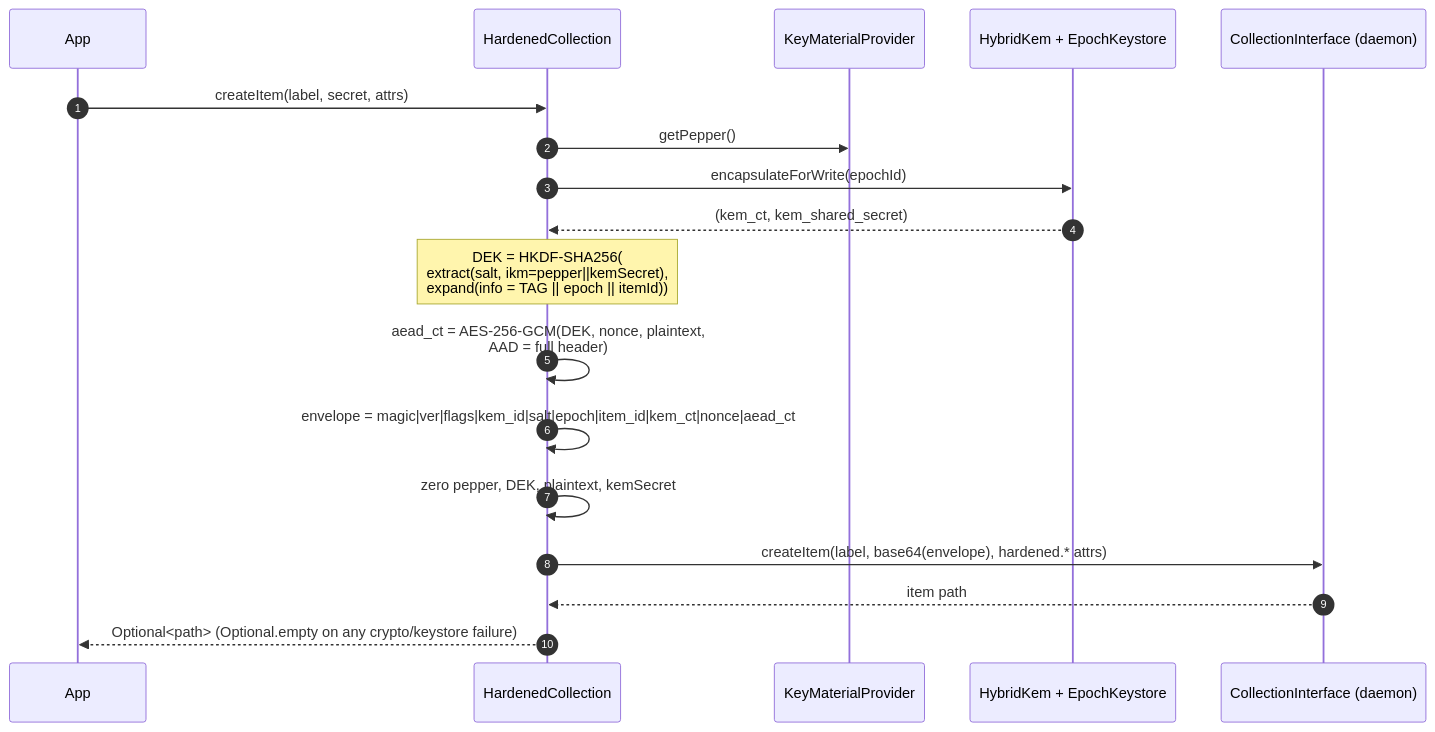
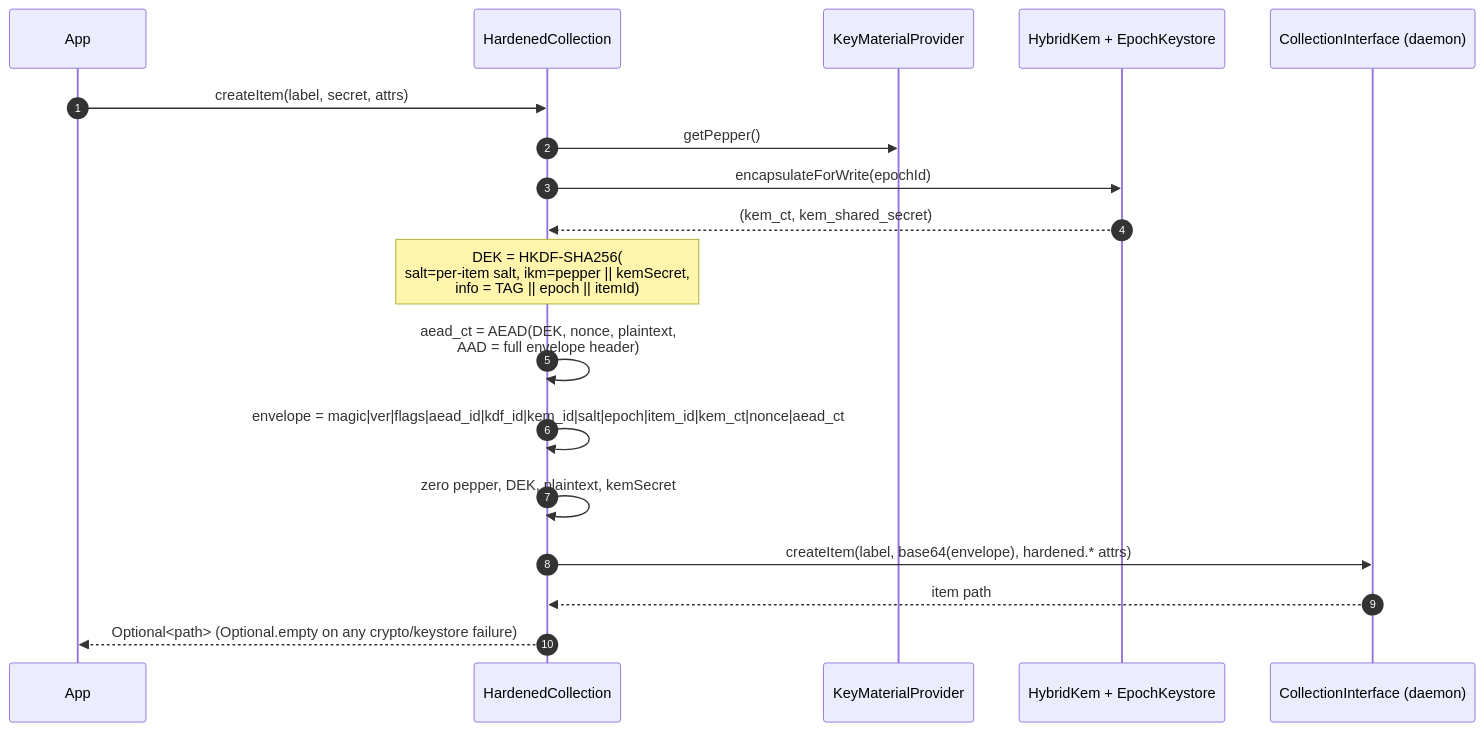
The second of 3 diagrams in docs/architecture/envelope-encryption.md (swiesend/secret-service), drawn with Mermaid before and after one commit. The commit also changed other lines of this file and 3 other files, not shown here.

First line of the commit message:
Docs: envelope v3 / AEAD agility / TOTP removal / mlock / native HKDF

````diff
--- a/docs/architecture/envelope-encryption.md
+++ b/docs/architecture/envelope-encryption.md
@@ -21,21 +21,21 @@
 ```mermaid
 sequenceDiagram
     autonumber
     participant App
     participant HC as HardenedCollection
     participant KMP as KeyMaterialProvider
     participant KEM as HybridKem + EpochKeystore
     participant Col as CollectionInterface (daemon)
 
     App->>HC: createItem(label, secret, attrs)
     HC->>KMP: getPepper()
     HC->>KEM: encapsulateForWrite(epochId)
     KEM-->>HC: (kem_ct, kem_shared_secret)
-    Note over HC: DEK = HKDF-SHA256(<br/>extract(salt, ikm=pepper||kemSecret),<br/>expand(info = TAG || epoch || itemId))
-    HC->>HC: aead_ct = AES-256-GCM(DEK, nonce, plaintext,<br/>AAD = full header)
-    HC->>HC: envelope = magic|ver|flags|kem_id|salt|epoch|item_id|kem_ct|nonce|aead_ct
+    Note over HC: DEK = HKDF-SHA256(<br/>salt=per-item salt, ikm=pepper || kemSecret,<br/>info = TAG || epoch || itemId)
+    HC->>HC: aead_ct = AEAD(DEK, nonce, plaintext,<br/>AAD = full envelope header)
+    HC->>HC: envelope = magic|ver|flags|aead_id|kdf_id|kem_id|salt|epoch|item_id|kem_ct|nonce|aead_ct
     HC->>HC: zero pepper, DEK, plaintext, kemSecret
     HC->>Col: createItem(label, base64(envelope), hardened.* attrs)
     Col-->>HC: item path
     HC-->>App: Optional<path>   (Optional.empty on any crypto/keystore failure)
 ```
````
